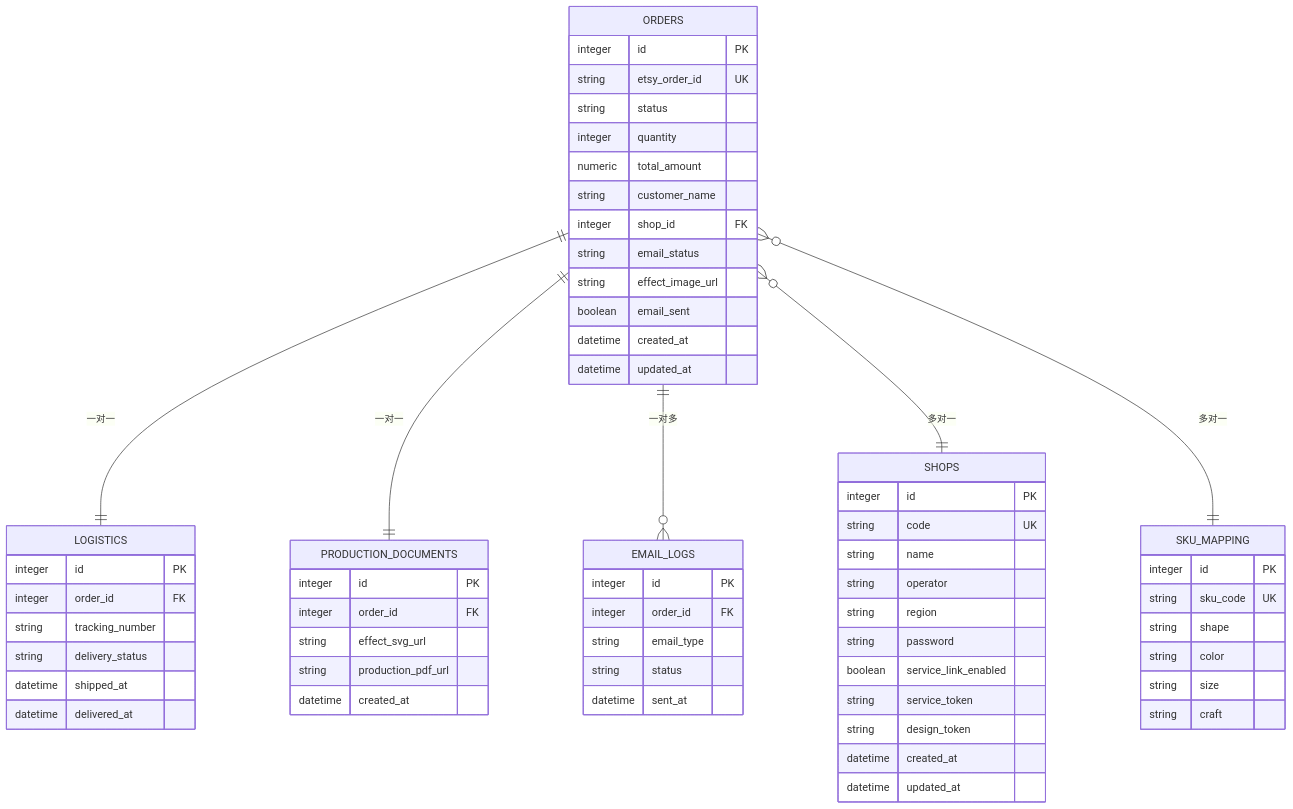
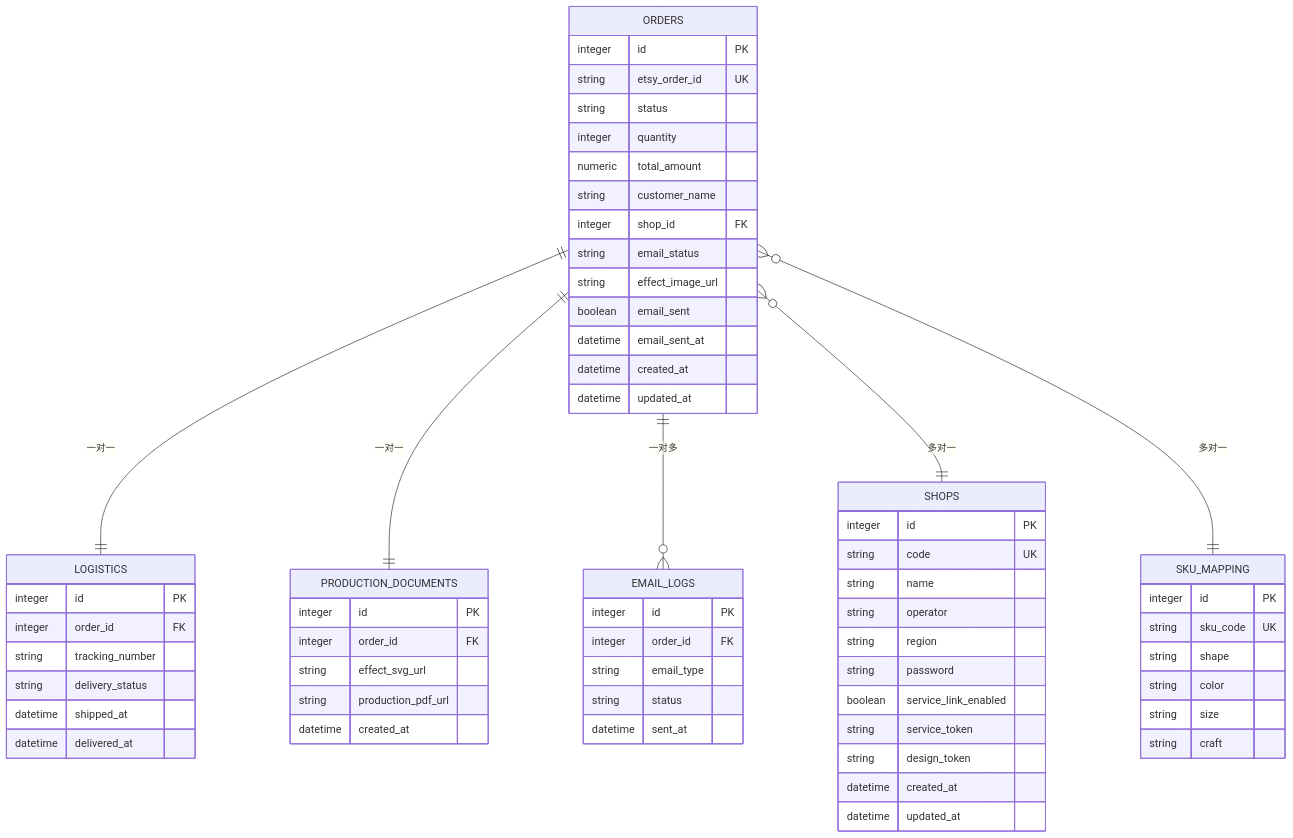
One commit to SY6621/POD-Order-Management changed the seventh of 27 diagrams in .qoder/repowiki/zh/content/开发指南/订单处理工作流增强.md. Above: the diagram before and after it, drawn with Mermaid. The commit also changed other lines of this file and 8 other files, not shown here.

````diff
--- a/.qoder/repowiki/zh/content/开发指南/订单处理工作流增强.md
+++ b/.qoder/repowiki/zh/content/开发指南/订单处理工作流增强.md
@@ -370,65 +376,66 @@
 ```mermaid
 erDiagram
 ORDERS {
 integer id PK
 string etsy_order_id UK
 string status
 integer quantity
 numeric total_amount
 string customer_name
 integer shop_id FK
 string email_status
 string effect_image_url
 boolean email_sent
+datetime email_sent_at
 datetime created_at
 datetime updated_at
 }
 SHOPS {
 integer id PK
 string code UK
 string name
 string operator
 string region
 string password
 boolean service_link_enabled
 string service_token
 string design_token
 datetime created_at
 datetime updated_at
 }
 LOGISTICS {
 integer id PK
 integer order_id FK
 string tracking_number
 string delivery_status
 datetime shipped_at
 datetime delivered_at
 }
 PRODUCTION_DOCUMENTS {
 integer id PK
 integer order_id FK
 string effect_svg_url
 string production_pdf_url
 datetime created_at
 }
 EMAIL_LOGS {
 integer id PK
 integer order_id FK
 string email_type
 string status
 datetime sent_at
 }
 SKU_MAPPING {
 integer id PK
 string sku_code UK
 string shape
 string color
 string size
 string craft
 }
 ORDERS ||--|| LOGISTICS : "一对一"
 ORDERS ||--|| PRODUCTION_DOCUMENTS : "一对一"
 ORDERS ||--o{ EMAIL_LOGS : "一对多"
 ORDERS }o--|| SHOPS : "多对一"
 ORDERS }o--|| SKU_MAPPING : "多对一"
 ```
````
